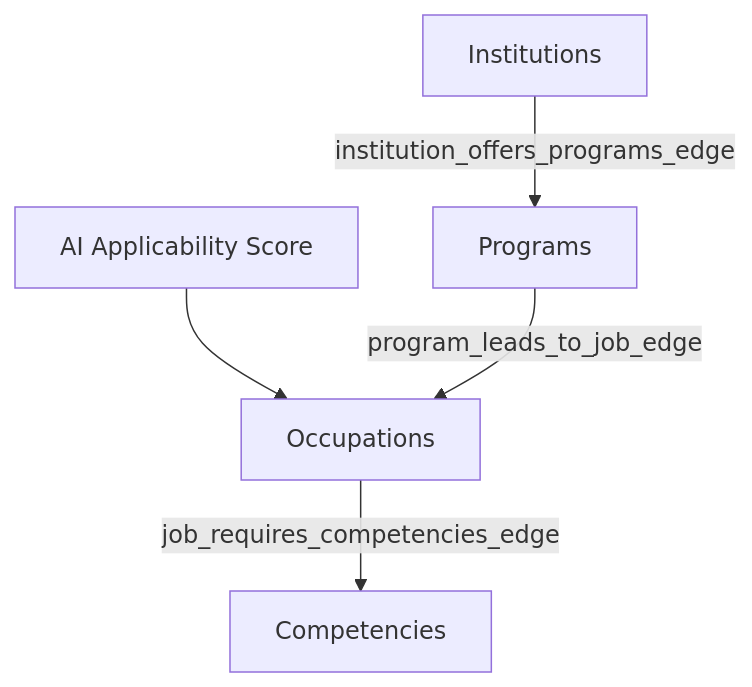
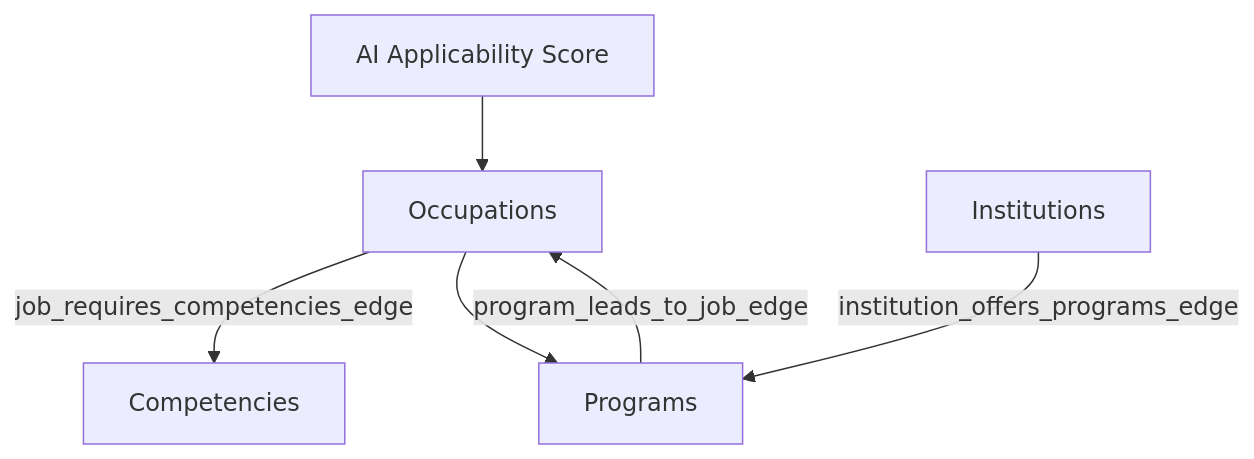
Before and after one commit to DamjiStratton/ed_workforce_navigator: the diagram in docs/data_model.md, drawn with Mermaid.

````diff
--- a/docs/data_model.md
+++ b/docs/data_model.md
@@ -7,13 +7,14 @@
 ```mermaid
 graph TD
     A[Competencies]
     B[Occupations]
     C[AI Applicability Score]
     D[Programs]
     E[Institutions]
 
     B -- job_requires_competencies_edge --> A
     C --> B
     D -- program_leads_to_job_edge --> B
     E -- institution_offers_programs_edge --> D
+    B --> D
 ```
````
